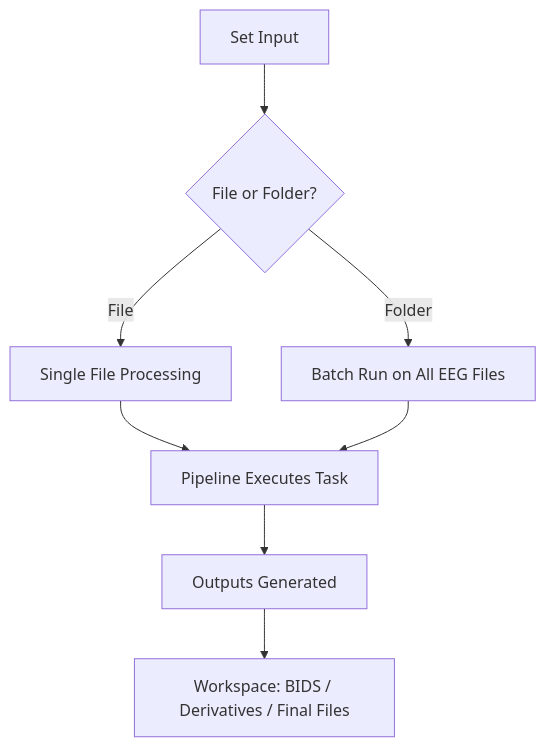
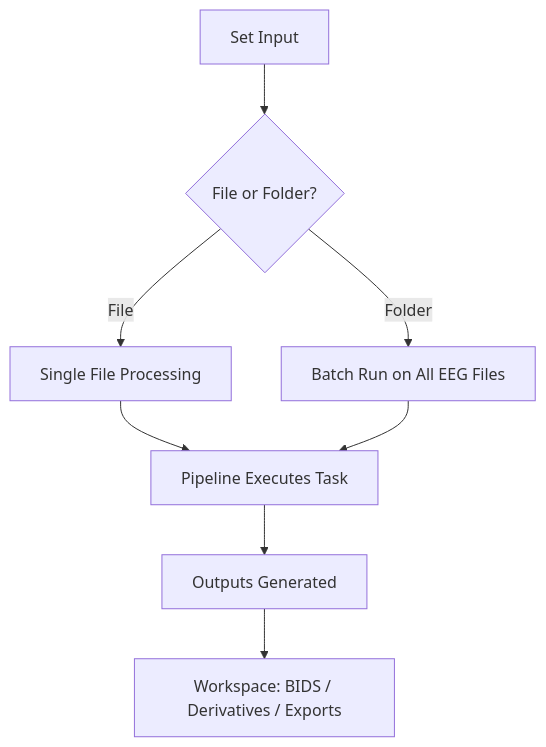
Before and after one commit to cincibrainlab/autocleaneeg_docs: the diagram in input/batch_run.mdx, drawn with Mermaid. The commit also changed 13 other files, not shown here.

Commit message:
docs: update output structure to replace 'final_files' with 'exports' and enhance documentation clarity

````diff
--- a/input/batch_run.mdx
+++ b/input/batch_run.mdx
@@ -56,10 +56,10 @@
 ```mermaid
 flowchart TD
     A[Set Input] --> B{File or Folder?}
     B -->|File| C[Single File Processing]
     B -->|Folder| D[Batch Run on All EEG Files]
     C --> E[Pipeline Executes Task]
     D --> E[Pipeline Executes Task]
     E --> F[Outputs Generated]
-    F --> G[Workspace: BIDS / Derivatives / Final Files]
+    F --> G[Workspace: BIDS / Derivatives / Exports]
 ```
````
